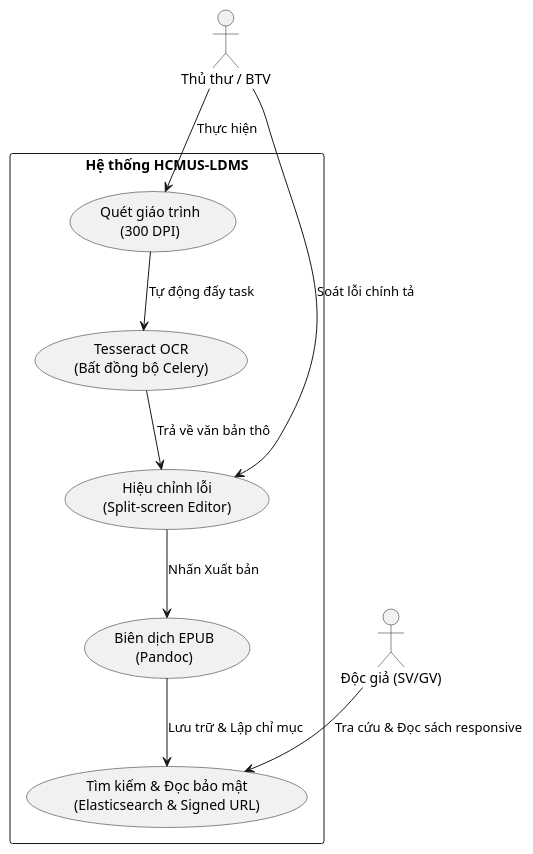
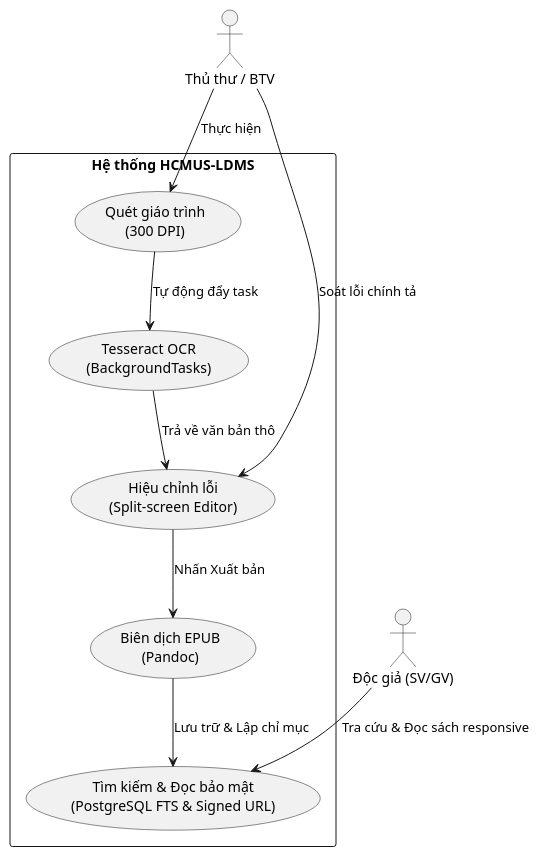
The second of 2 diagrams in docs/03-vision-and-scope.md (se-bros/hcmus-projectmanage--lab), drawn with PlantUML before and after one commit. The commit also changed other lines of this file and 11 other files, not shown here.

````diff
--- a/docs/03-vision-and-scope.md
+++ b/docs/03-vision-and-scope.md
@@ -154,24 +155,24 @@
 ```plantuml
 @startuml
 skinparam packageStyle rectangle
 
 actor "Thủ thư / BTV" as Librarian
 actor "Độc giả (SV/GV)" as Reader
 
 rectangle "Hệ thống HCMUS-LDMS" {
     usecase "Quét giáo trình\n(300 DPI)" as Scan
-    usecase "Tesseract OCR\n(Bất đồng bộ Celery)" as OCR
+    usecase "Tesseract OCR\n(BackgroundTasks)" as OCR
     usecase "Hiệu chỉnh lỗi\n(Split-screen Editor)" as Edit
     usecase "Biên dịch EPUB\n(Pandoc)" as Compile
-    usecase "Tìm kiếm & Đọc bảo mật\n(Elasticsearch & Signed URL)" as Read
+    usecase "Tìm kiếm & Đọc bảo mật\n(PostgreSQL FTS & Signed URL)" as Read
 }
 
 Librarian --> Scan : Thực hiện
 Scan --> OCR : Tự động đẩy task
 OCR --> Edit : Trả về văn bản thô
 Librarian --> Edit : Soát lỗi chính tả
 Edit --> Compile : Nhấn Xuất bản
 Compile --> Read : Lưu trữ & Lập chỉ mục
 Reader --> Read : Tra cứu & Đọc sách responsive
 @enduml
 ```
````
